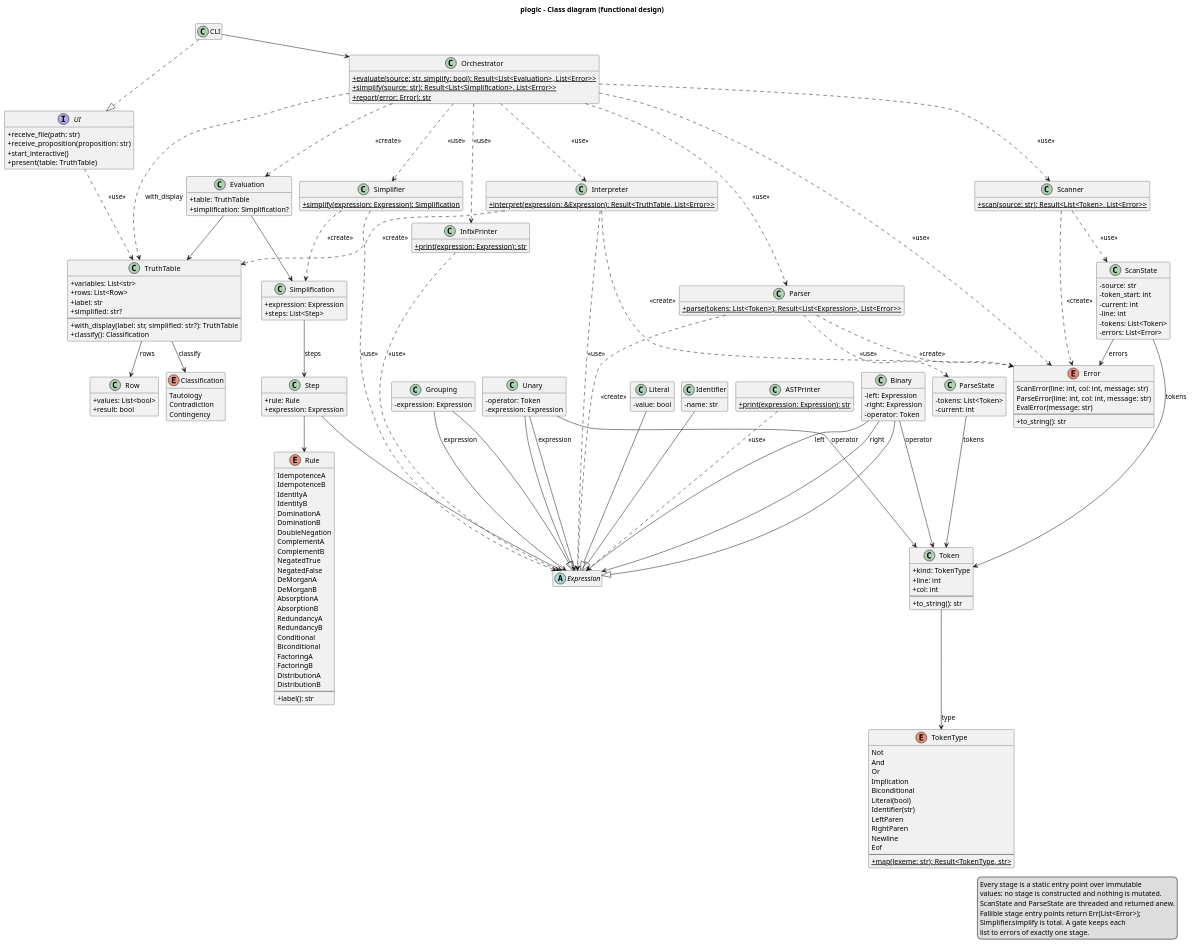
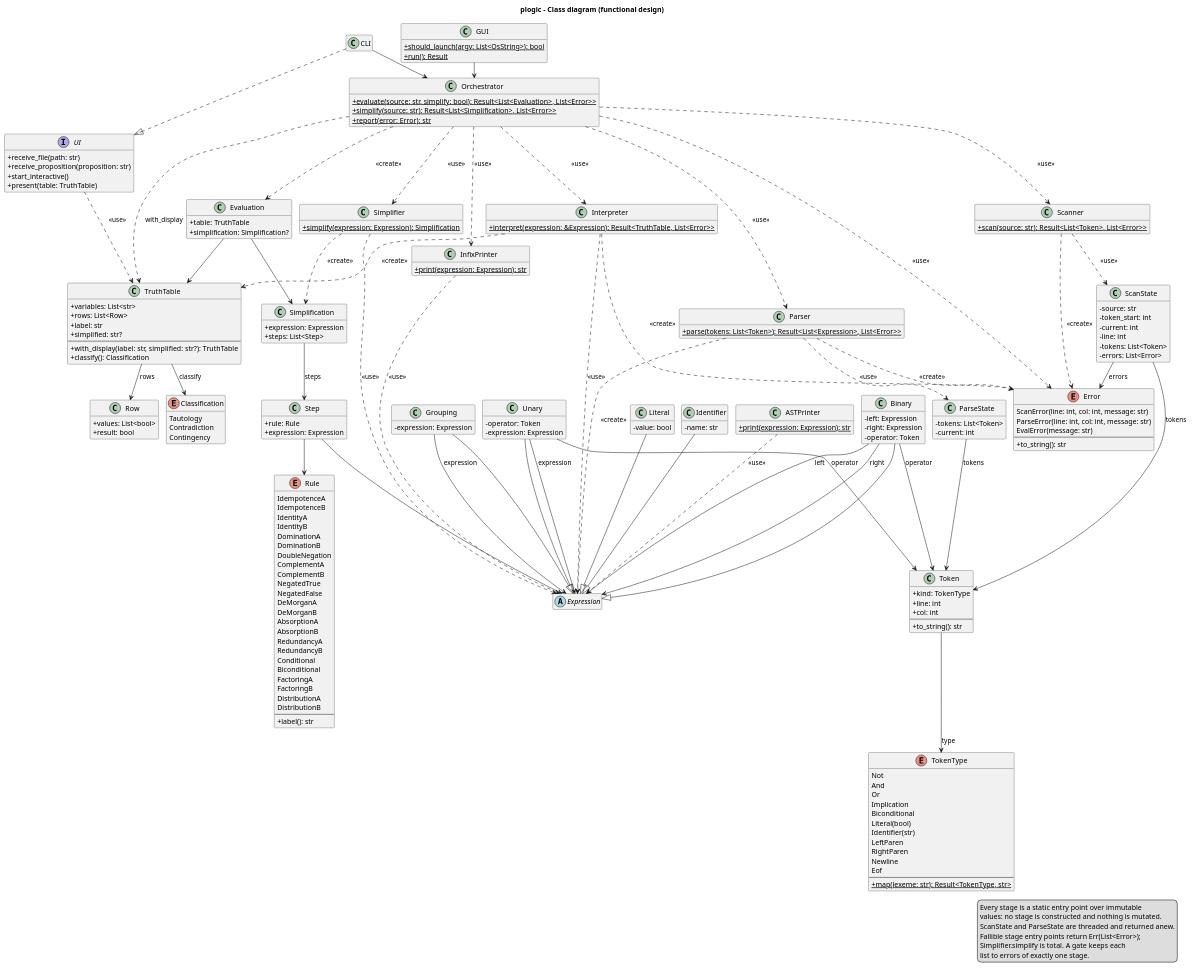
Before and after one commit to Josgtg/plogic: the diagram in design/diagrams/class_diagram.puml, drawn with PlantUML. The commit also changed 11 other files, not shown here.

Commit message:
design: document the graphical window

```diff
--- a/design/diagrams/class_diagram.puml
+++ b/design/diagrams/class_diagram.puml
@@ -14,6 +14,11 @@
 }
 
 class CLI
+
+class GUI {
+  +{static} should_launch(argv: List<OsString>): bool
+  +{static} run(): Result
+}
 
 class Orchestrator {
   +{static} evaluate(source: str, simplify: bool): Result<List<Evaluation>, List<Error>>
@@ -182,6 +187,7 @@
 
 CLI ..|> UI
 CLI --> Orchestrator
+GUI --> Orchestrator
 
 Orchestrator ..> Scanner : <<use>>
 Orchestrator ..> Parser : <<use>>
```
